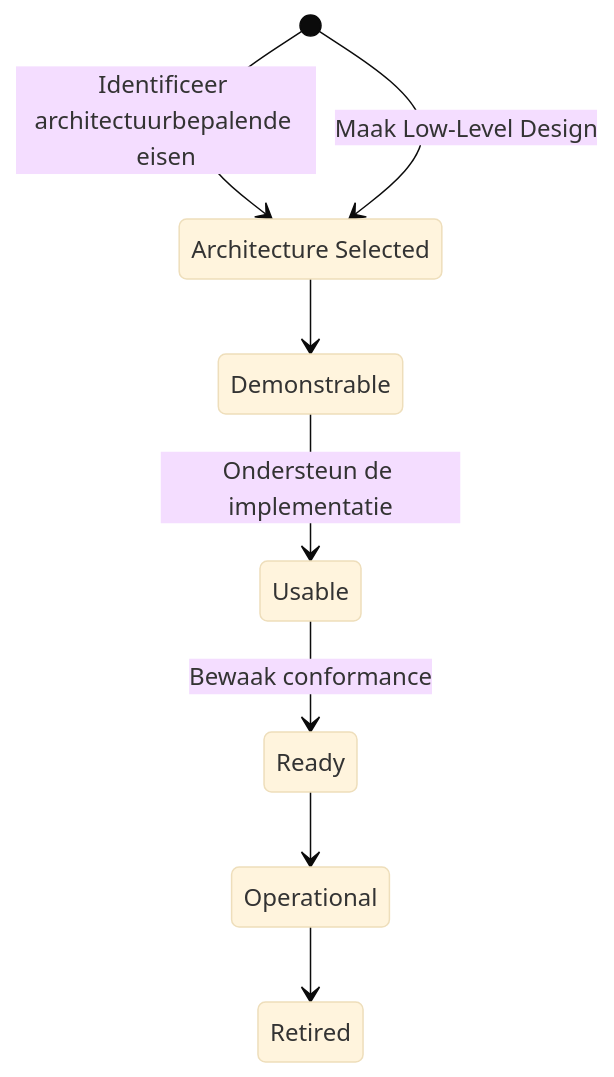
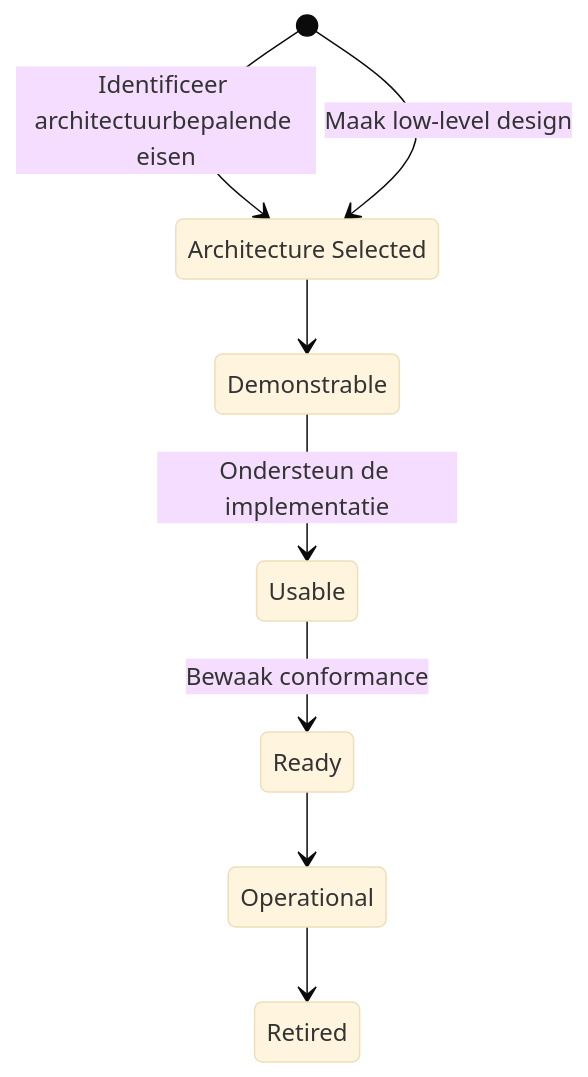
The diagram in essence/method/diagrams/system.mmd (hietkamp/hietkamp.github.io), drawn with Mermaid (base theme) before and after one commit. The commit also changed 15 other files, not shown here.

```diff
--- a/essence/method/diagrams/system.mmd
+++ b/essence/method/diagrams/system.mmd
@@ -1,18 +1,18 @@
 %% State diagram: System (essence-kernel#System)
 %% Kernel-alpha; alleen de states die in deze werkwijze daadwerkelijk gebruikt worden
 %% zijn gekoppeld aan een activiteit.
 stateDiagram-v2
     ArchitectureSelected: Architecture Selected
     Demonstrable: Demonstrable
     Usable: Usable
     Ready: Ready
     Operational: Operational
     Retired: Retired
 
     [*] --> ArchitectureSelected : Identificeer architectuurbepalende eisen
-    [*] --> ArchitectureSelected : Maak Low-Level Design
+    [*] --> ArchitectureSelected : Maak low-level design
     ArchitectureSelected --> Demonstrable
     Demonstrable --> Usable : Ondersteun de implementatie
     Usable --> Ready : Bewaak conformance
     Ready --> Operational
     Operational --> Retired
```
